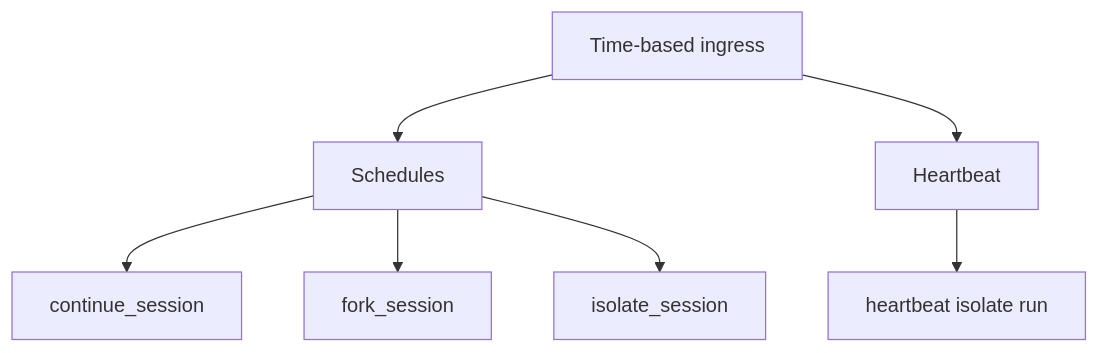
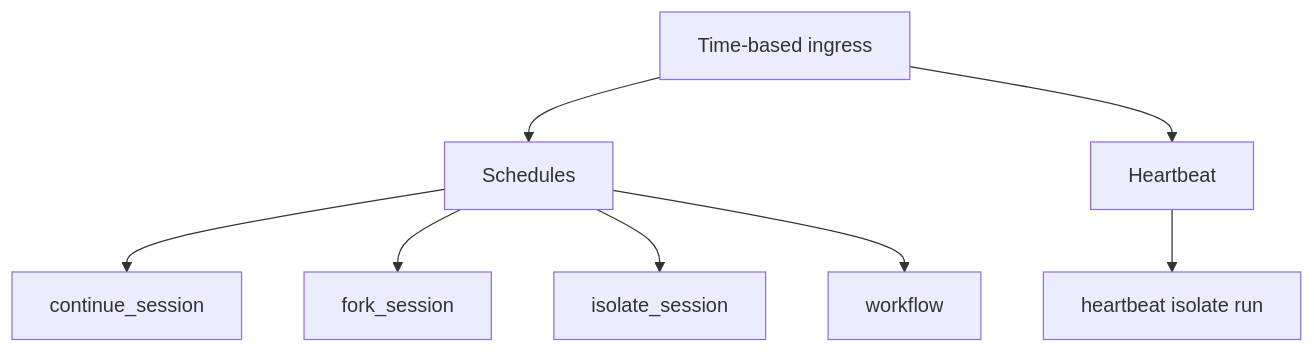
The first of 3 diagrams in packages/ya-claw/spec/08-schedules-and-heartbeat.md (Alexsu26/ya-mono), drawn with Mermaid before and after one commit. The commit also changed other lines of this file and 775 other files, not shown here.

````diff
--- a/packages/ya-claw/spec/08-schedules-and-heartbeat.md
+++ b/packages/ya-claw/spec/08-schedules-and-heartbeat.md
@@ -22,12 +24,13 @@
 ```mermaid
 flowchart TB
     T[Time-based ingress]
     T --> S[Schedules]
     T --> H[Heartbeat]
 
     S --> CS[continue_session]
     S --> FS[fork_session]
     S --> IS[isolate_session]
+    S --> WF[workflow]
 
     H --> HI[heartbeat isolate run]
 ```
````
